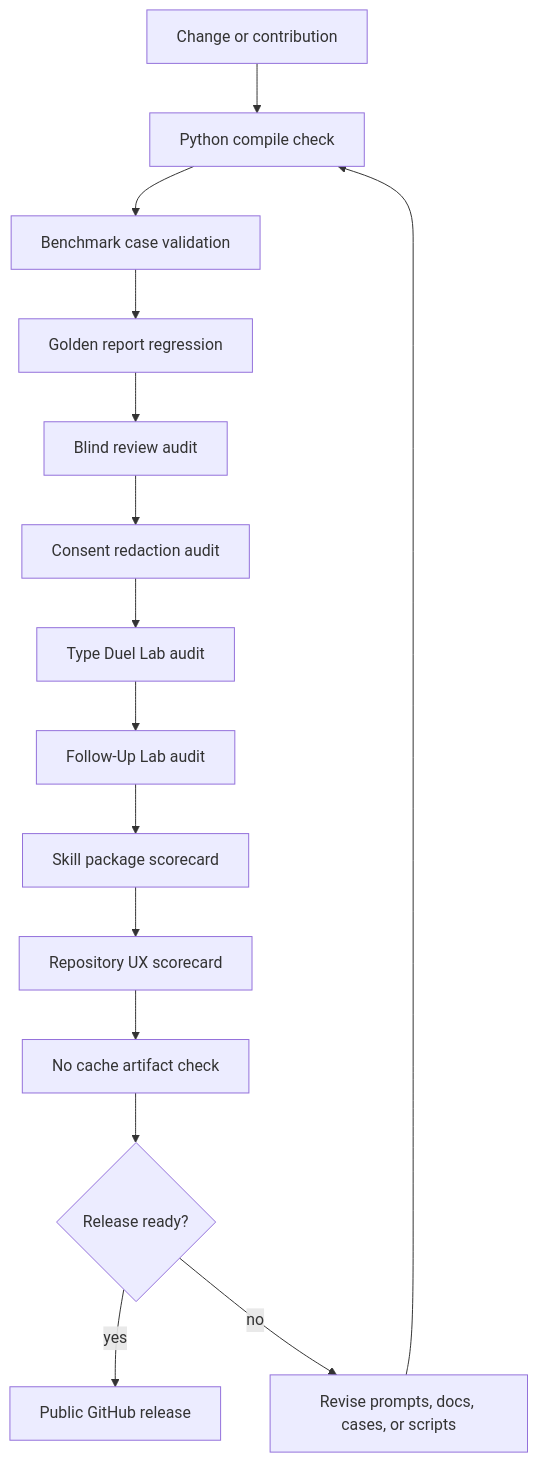
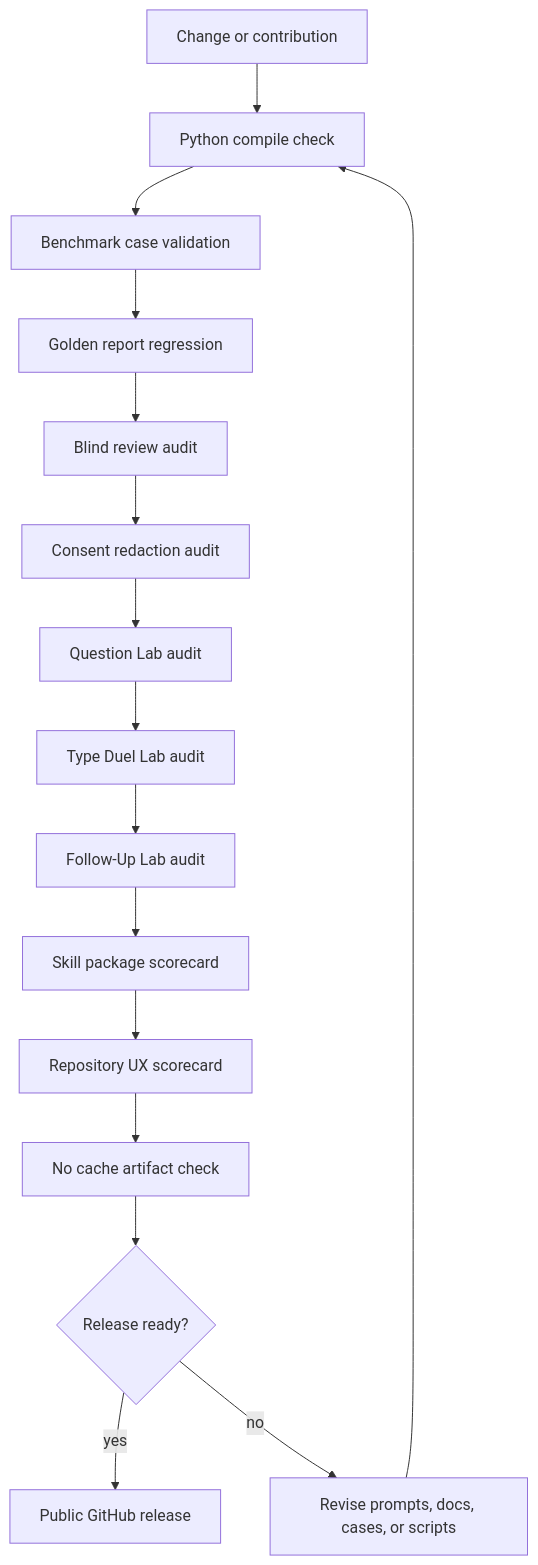
One commit to Zaoqu-Liu/mbti-typing-skill changed the fourth of 5 diagrams in README.md. Above: the diagram before and after it, drawn with Mermaid. The commit also changed other lines of this file and 21 other files, not shown here.

Commit message:
Add question lab

````diff
--- a/README.md
+++ b/README.md
@@ -337,17 +354,18 @@
 ```mermaid
 flowchart TD
     PR[Change or contribution] --> Compile[Python compile check]
     Compile --> Cases[Benchmark case validation]
     Cases --> Golden[Golden report regression]
     Golden --> Blind[Blind review audit]
     Blind --> Consent[Consent redaction audit]
-    Consent --> TypeDuel[Type Duel Lab audit]
+    Consent --> QuestionLab[Question Lab audit]
+    QuestionLab --> TypeDuel[Type Duel Lab audit]
     TypeDuel --> FollowUp[Follow-Up Lab audit]
     FollowUp --> SkillScore[Skill package scorecard]
     SkillScore --> UXScore[Repository UX scorecard]
     UXScore --> Cache[No cache artifact check]
     Cache --> Release{Release ready?}
     Release -->|yes| Publish[Public GitHub release]
     Release -->|no| Fix[Revise prompts, docs, cases, or scripts]
     Fix --> Compile
 ```
````
